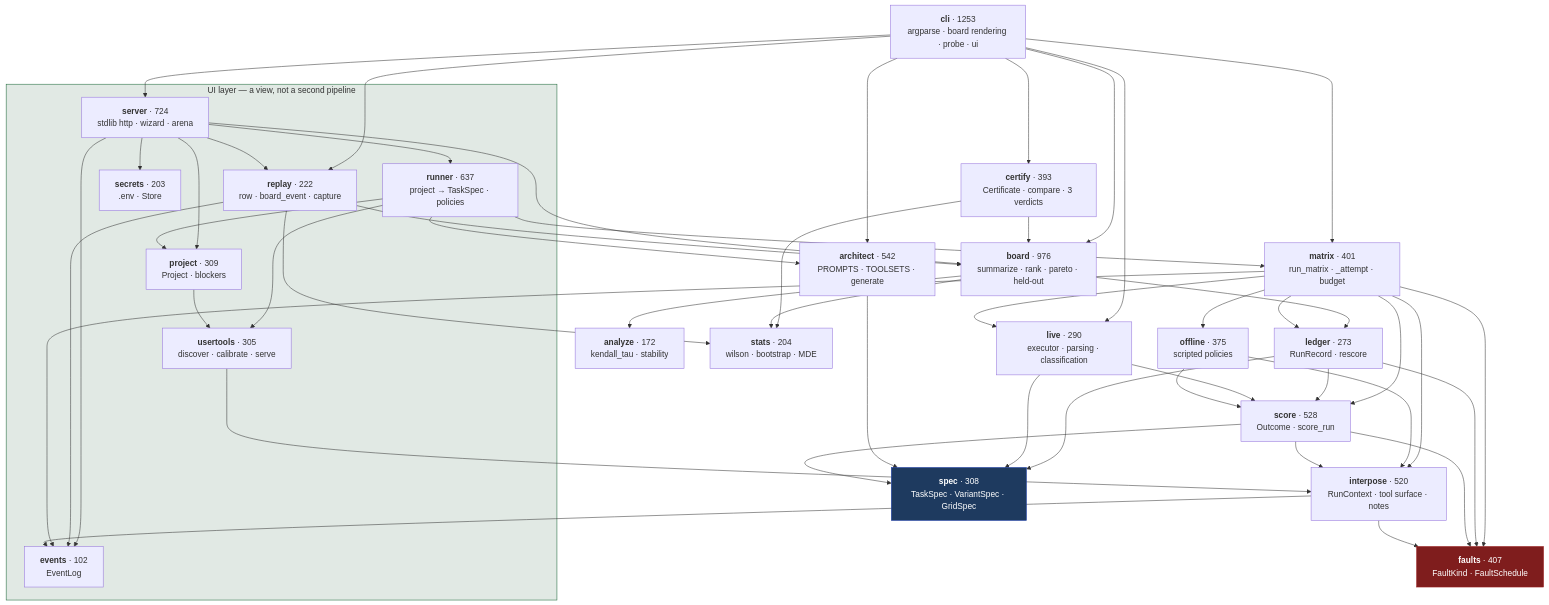
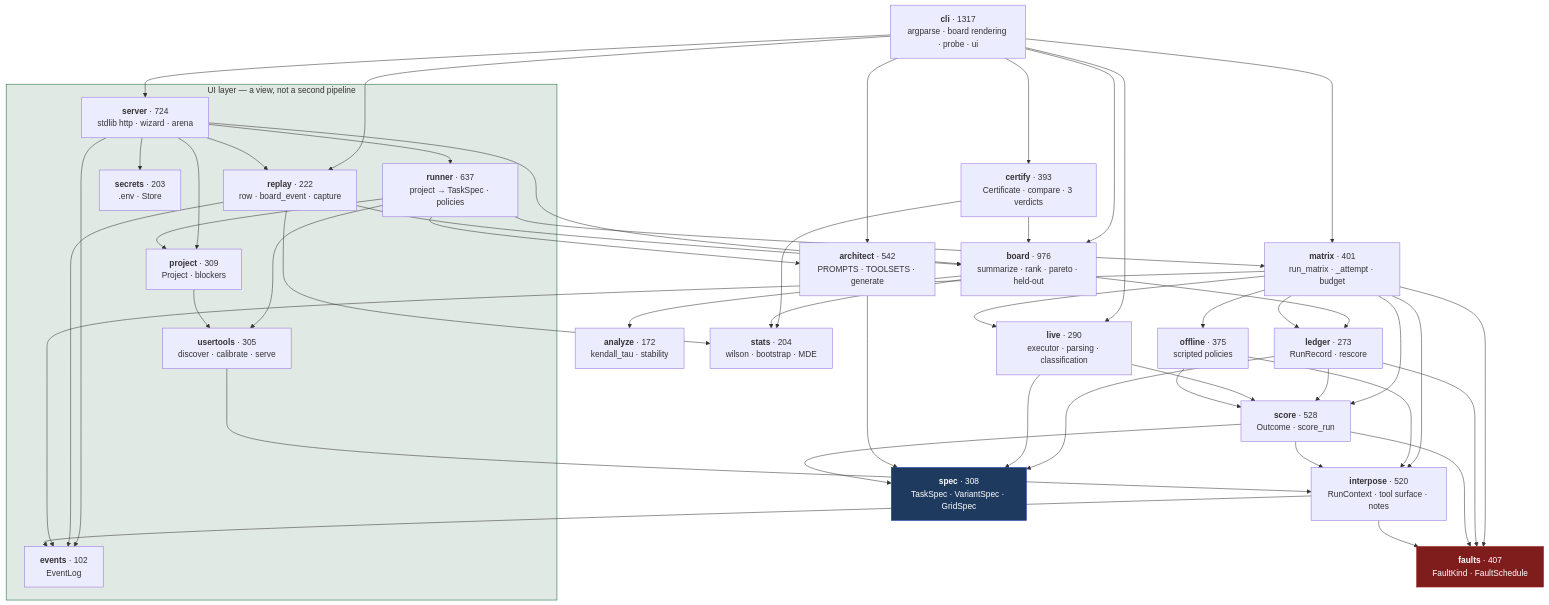
The first of 4 diagrams in docs/architecture/lld.md (Mehul-Gupta-SMH/agent-gauntlet), drawn with Mermaid before and after one commit. The commit also changed other lines of this file and 22 other files, not shown here.

````diff
--- a/docs/architecture/lld.md
+++ b/docs/architecture/lld.md
@@ -9,47 +9,47 @@
 ```mermaid
 flowchart TD
     subgraph ui["UI layer — a view, not a second pipeline"]
         SERVER["<b>server</b> · 724<br/>stdlib http · wizard · arena"]
         RUNNER["<b>runner</b> · 637<br/>project → TaskSpec · policies"]
         USERT["<b>usertools</b> · 305<br/>discover · calibrate · serve"]
         PROJECT["<b>project</b> · 309<br/>Project · blockers"]
         SECRETS["<b>secrets</b> · 203<br/>.env · Store"]
         EVENTS["<b>events</b> · 102<br/>EventLog"]
         REPLAY["<b>replay</b> · 222<br/>row · board_event · capture"]
     end
 
-    CLI["<b>cli</b> · 1253<br/>argparse · board rendering · probe · ui"]
+    CLI["<b>cli</b> · 1317<br/>argparse · board rendering · probe · ui"]
     BOARD["<b>board</b> · 976<br/>summarize · rank · pareto · held-out"]
     ARCH["<b>architect</b> · 542<br/>PROMPTS · TOOLSETS · generate"]
     SCORE["<b>score</b> · 528<br/>Outcome · score_run"]
     INTER["<b>interpose</b> · 520<br/>RunContext · tool surface · notes"]
     OFFLINE["<b>offline</b> · 375<br/>scripted policies"]
     MATRIX["<b>matrix</b> · 401<br/>run_matrix · _attempt · budget"]
     FAULTS["<b>faults</b> · 407<br/>FaultKind · FaultSchedule"]
     SPEC["<b>spec</b> · 308<br/>TaskSpec · VariantSpec · GridSpec"]
     LIVE["<b>live</b> · 290<br/>executor · parsing · classification"]
     LEDGER["<b>ledger</b> · 273<br/>RunRecord · rescore"]
     ANALYZE["<b>analyze</b> · 172<br/>kendall_tau · stability"]
     CERT["<b>certify</b> · 393<br/>Certificate · compare · 3 verdicts"]
     STATS["<b>stats</b> · 204<br/>wilson · bootstrap · MDE"]
 
     CLI --> BOARD & MATRIX & ARCH & LIVE & SERVER & CERT & REPLAY
     CERT --> BOARD & STATS
     SERVER --> PROJECT & RUNNER & SECRETS & EVENTS & BOARD & REPLAY
     REPLAY --> BOARD & EVENTS & STATS
     RUNNER --> MATRIX & USERT & PROJECT & ARCH
     PROJECT --> USERT
     USERT --> INTER
     BOARD --> LEDGER & ANALYZE & STATS
     MATRIX --> LEDGER & SCORE & LIVE & OFFLINE & INTER & FAULTS & EVENTS
     LEDGER --> SCORE & FAULTS & SPEC
     LIVE --> SCORE & SPEC
     OFFLINE --> INTER & SCORE
     ARCH --> SPEC
     SCORE --> INTER & FAULTS & SPEC
     INTER --> FAULTS & EVENTS
 
     style SPEC fill:#1e3a5f,stroke:#1e40af,color:#fff
     style FAULTS fill:#7f1d1d,stroke:#991b1b,color:#fff
     style ui fill:#14532d20,stroke:#166534
 ```
````
